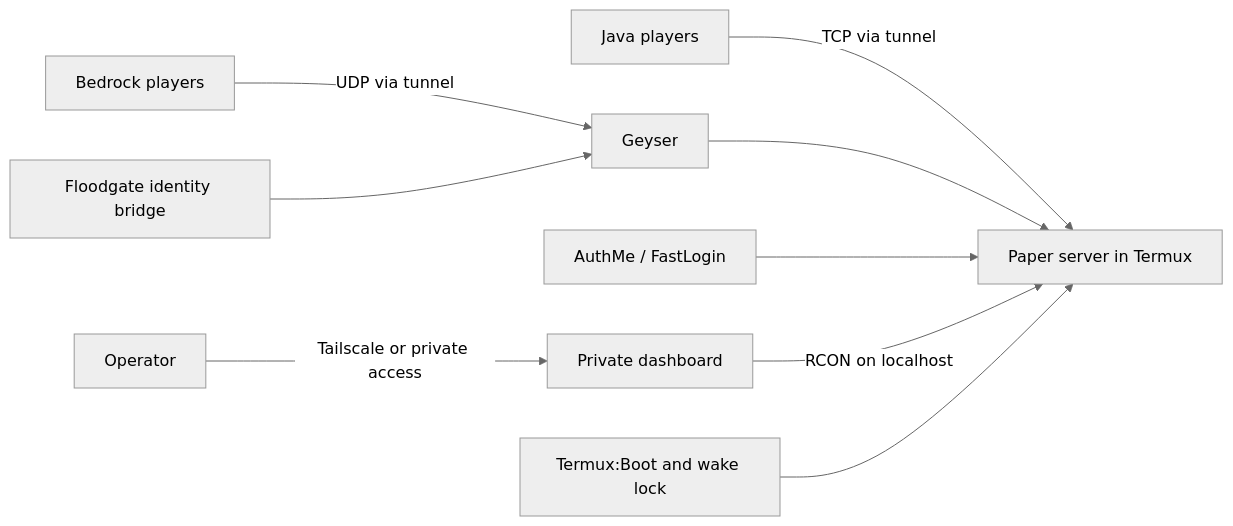
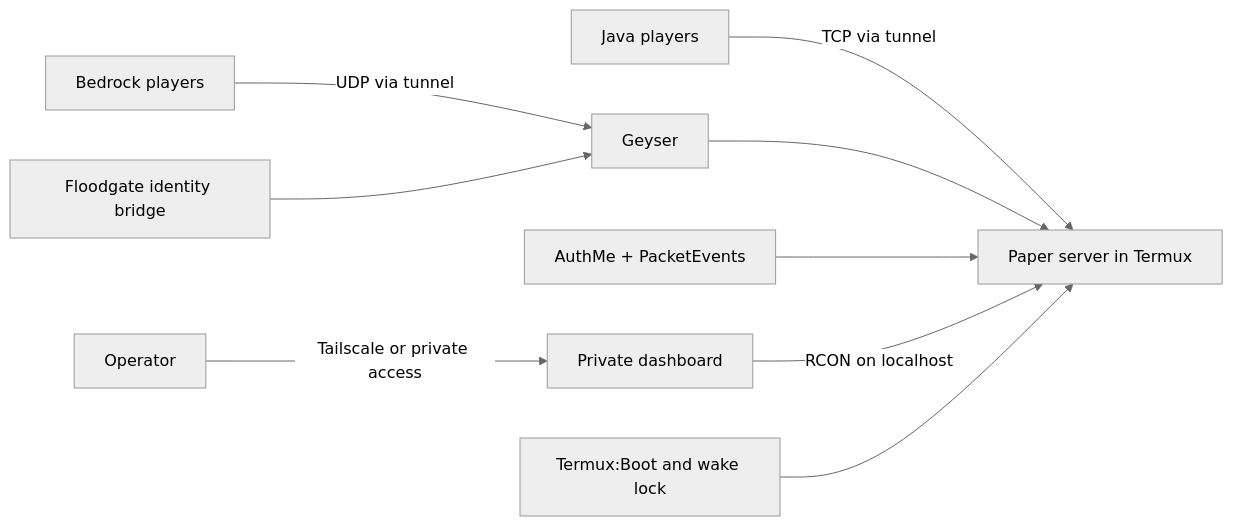
The diagram in README.md (Aryadeep2007/minecraft-on-old-phone), drawn with Mermaid (neutral theme) before and after one commit. The commit also changed other lines of this file and 2 other files, not shown here.

Commit message:
docs: document AuthMe and PacketEvents setup

````diff
--- a/README.md
+++ b/README.md
@@ -11,11 +11,11 @@
 ```mermaid
 flowchart LR
   J[Java players] -->|TCP via tunnel| P[Paper server in Termux]
   B[Bedrock players] -->|UDP via tunnel| G[Geyser]
   G --> P
   F[Floodgate identity bridge] --> G
-  A[AuthMe / FastLogin] --> P
+  A[AuthMe + PacketEvents] --> P
   D[Private dashboard] -->|RCON on localhost| P
   O[Operator] -->|Tailscale or private access| D
   T[Termux:Boot and wake lock] --> P
 ```
````
